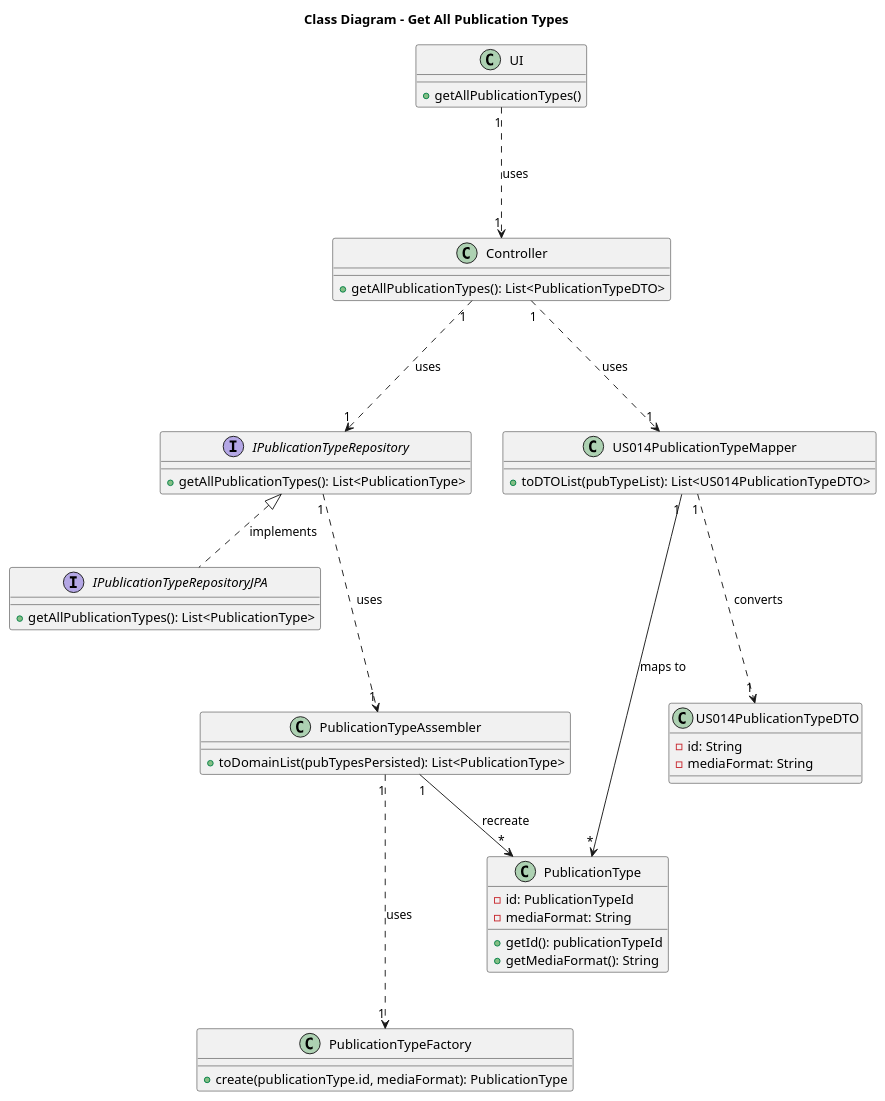
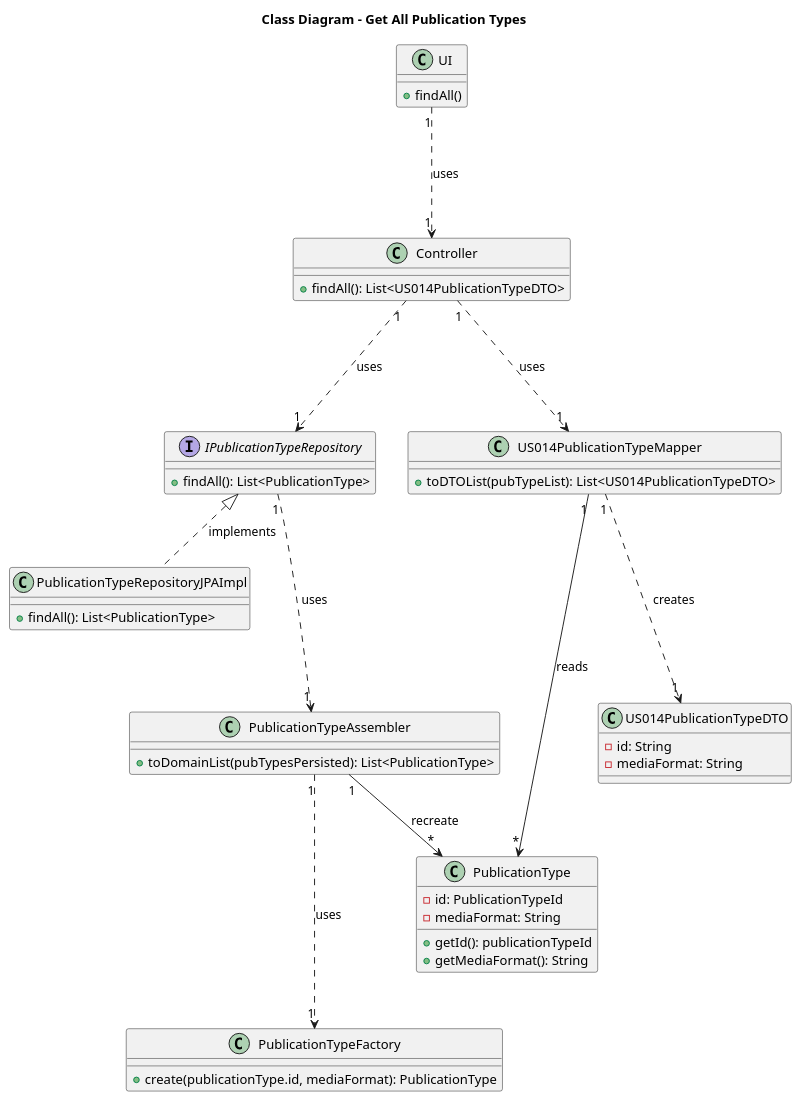
Before and after one commit to AndrePereiraGitH/SWitCH-Project-Team_A: the diagram in Diagrams/ClassDiagrams/To-get-publitaction-type-list.puml, drawn with PlantUML. The commit also changed 1 other file, not shown here.

```diff
--- a/Diagrams/ClassDiagrams/To-get-publitaction-type-list.puml
+++ b/Diagrams/ClassDiagrams/To-get-publitaction-type-list.puml
@@ -1,65 +1,65 @@
 @startuml
 title Class Diagram - Get All Publication Types
 
 ' ====== UI & Controller ======
 class UI {
-  +getAllPublicationTypes()
+  +findAll()
 }
 
 class Controller {
-  +getAllPublicationTypes(): List<PublicationTypeDTO>
+  +findAll(): List<US014PublicationTypeDTO>
 }
 
 UI "1" -.-> "1" Controller : uses
 
 ' ====== Repository Layer ======
 interface IPublicationTypeRepository {
-  +getAllPublicationTypes(): List<PublicationType>
+  +findAll(): List<PublicationType>
 }
 
-interface IPublicationTypeRepositoryJPA {
-  +getAllPublicationTypes(): List<PublicationType>
+class PublicationTypeRepositoryJPAImpl {
+  +findAll(): List<PublicationType>
 }
 
-IPublicationTypeRepository <|.. IPublicationTypeRepositoryJPA : implements
+IPublicationTypeRepository <|.. PublicationTypeRepositoryJPAImpl : implements
 
 Controller "1" -.-> "1" IPublicationTypeRepository : uses
 
 
 ' ====== Domain ======
 class PublicationType {
   -id: PublicationTypeId
   -mediaFormat: String
   +getId(): publicationTypeId
   +getMediaFormat(): String
 }
 
 ' ====== Assembler & Factory ======
 class PublicationTypeAssembler {
   +toDomainList(pubTypesPersisted): List<PublicationType>
 }
 
 class PublicationTypeFactory {
   +create(publicationType.id, mediaFormat): PublicationType
 }
 
 PublicationTypeAssembler "1" -.-> "1" PublicationTypeFactory : uses
 PublicationTypeAssembler "1" --> "*" PublicationType : recreate
 
 IPublicationTypeRepository "1" -.-> "1" PublicationTypeAssembler : uses
 
 ' ====== DTO & Mapper ======
 class US014PublicationTypeDTO {
   -id: String
   -mediaFormat: String
 }
 
 class US014PublicationTypeMapper {
   +toDTOList(pubTypeList): List<US014PublicationTypeDTO>
 }
 
 Controller "1" -.-> "1" US014PublicationTypeMapper : uses
-US014PublicationTypeMapper "1" --> "*" PublicationType : maps to
-US014PublicationTypeMapper "1" -.-> "1" US014PublicationTypeDTO : converts
+US014PublicationTypeMapper "1" --> "*" PublicationType : reads
+US014PublicationTypeMapper "1" -.-> "1" US014PublicationTypeDTO : creates
 
 @enduml
```
